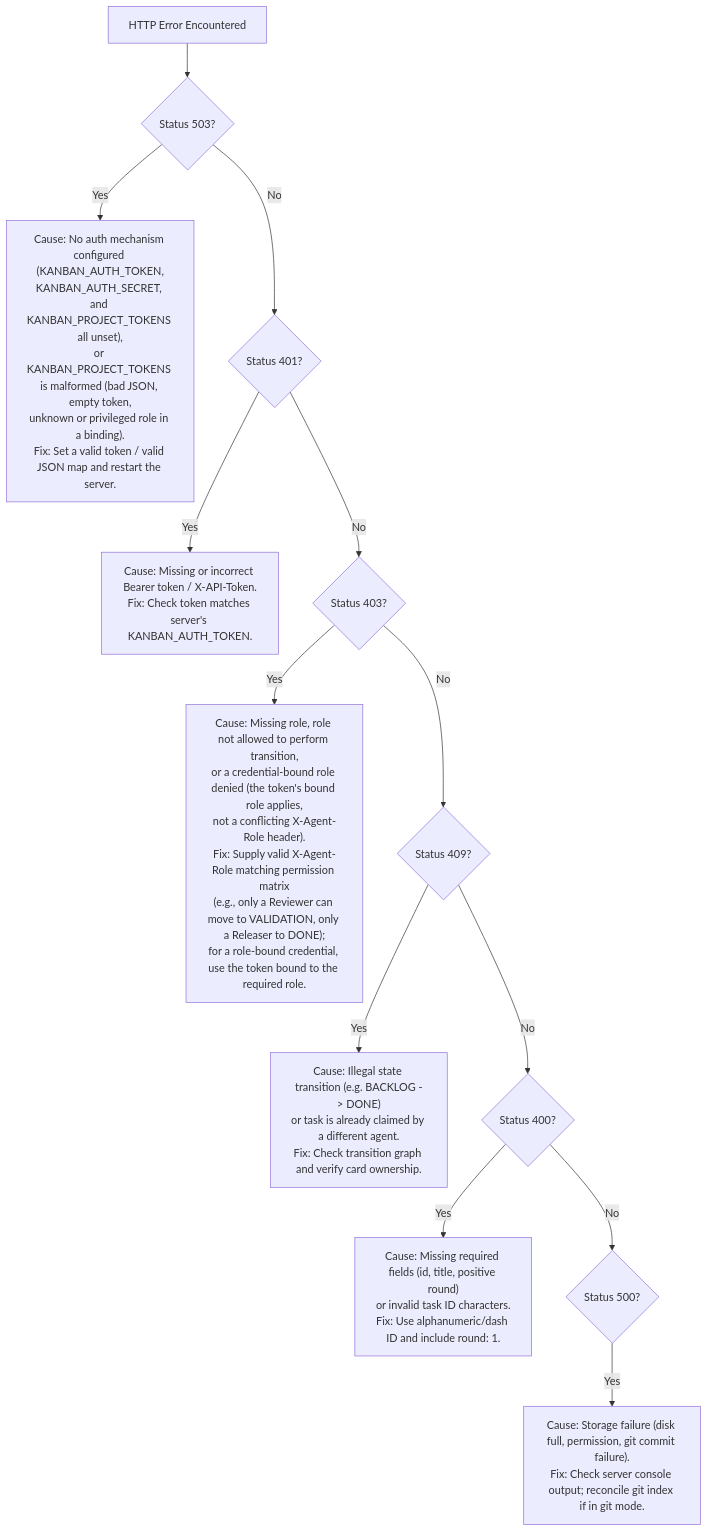
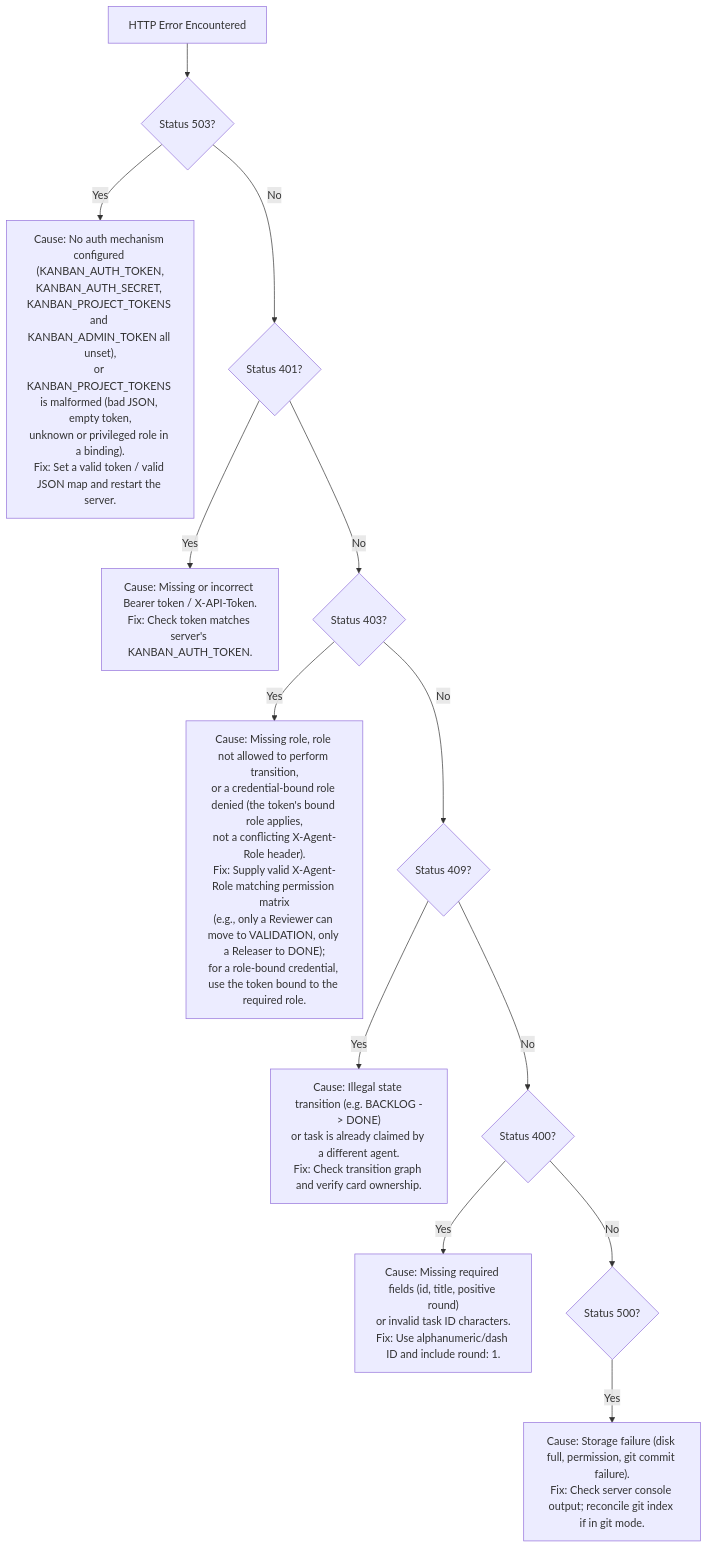
One commit to riazrahaman/agent-kanban-board changed the third of 3 diagrams in docs/USER_AND_OPERATOR_MANUAL.md. Above: the diagram before and after it, drawn with Mermaid. The commit also changed other lines of this file and 9 other files, not shown here.

First line of the commit message:
fix: refuse to start when the admin token reuses another credential

````diff
--- a/docs/USER_AND_OPERATOR_MANUAL.md
+++ b/docs/USER_AND_OPERATOR_MANUAL.md
@@ -704,22 +704,22 @@
 ```mermaid
 flowchart TD
     Err["HTTP Error Encountered"]
     
     Err --> Code503{"Status 503?"}
-    Code503 -- Yes --> Fix503["Cause: No auth mechanism configured (KANBAN_AUTH_TOKEN,\nKANBAN_AUTH_SECRET, and KANBAN_PROJECT_TOKENS all unset),\nor KANBAN_PROJECT_TOKENS is malformed (bad JSON, empty token,\nunknown or privileged role in a binding).\nFix: Set a valid token / valid JSON map and restart the server."]
+    Code503 -- Yes --> Fix503["Cause: No auth mechanism configured (KANBAN_AUTH_TOKEN,\nKANBAN_AUTH_SECRET, KANBAN_PROJECT_TOKENS and KANBAN_ADMIN_TOKEN all unset),\nor KANBAN_PROJECT_TOKENS is malformed (bad JSON, empty token,\nunknown or privileged role in a binding).\nFix: Set a valid token / valid JSON map and restart the server."]
     
     Code503 -- No --> Code401{"Status 401?"}
     Code401 -- Yes --> Fix401["Cause: Missing or incorrect Bearer token / X-API-Token.\nFix: Check token matches server's KANBAN_AUTH_TOKEN."]
 
     Code401 -- No --> Code403{"Status 403?"}
     Code403 -- Yes --> Fix403["Cause: Missing role, role not allowed to perform transition,\nor a credential-bound role denied (the token's bound role applies,\nnot a conflicting X-Agent-Role header).\nFix: Supply valid X-Agent-Role matching permission matrix\n(e.g., only a Reviewer can move to VALIDATION, only a Releaser to DONE);\nfor a role-bound credential, use the token bound to the required role."]
 
     Code403 -- No --> Code409{"Status 409?"}
     Code409 -- Yes --> Fix409["Cause: Illegal state transition (e.g. BACKLOG -> DONE)\nor task is already claimed by a different agent.\nFix: Check transition graph and verify card ownership."]
 
     Code409 -- No --> Code400{"Status 400?"}
     Code400 -- Yes --> Fix400["Cause: Missing required fields (id, title, positive round)\nor invalid task ID characters.\nFix: Use alphanumeric/dash ID and include round: 1."]
 
     Code400 -- No --> Code500{"Status 500?"}
     Code500 -- Yes --> Fix500["Cause: Storage failure (disk full, permission, git commit failure).\nFix: Check server console output; reconcile git index if in git mode."]
 ```
````
